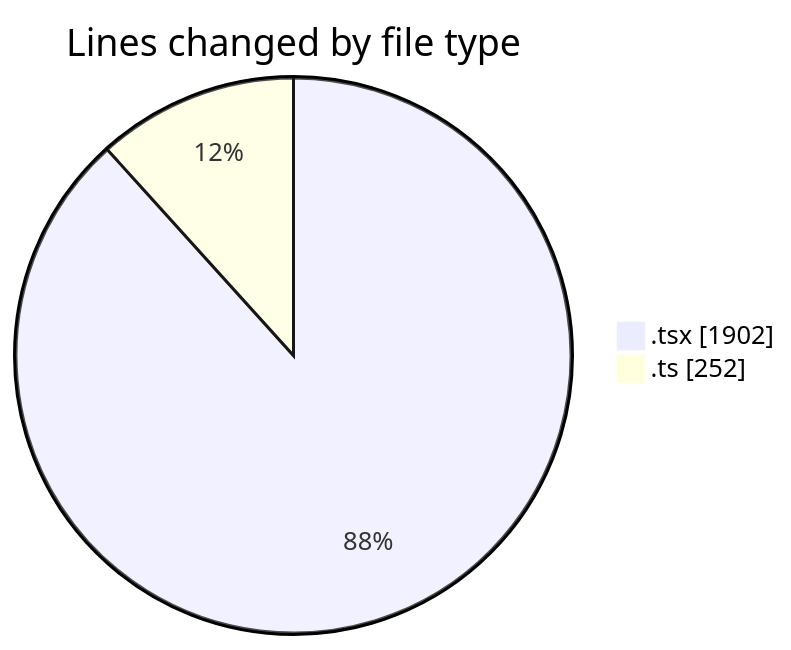
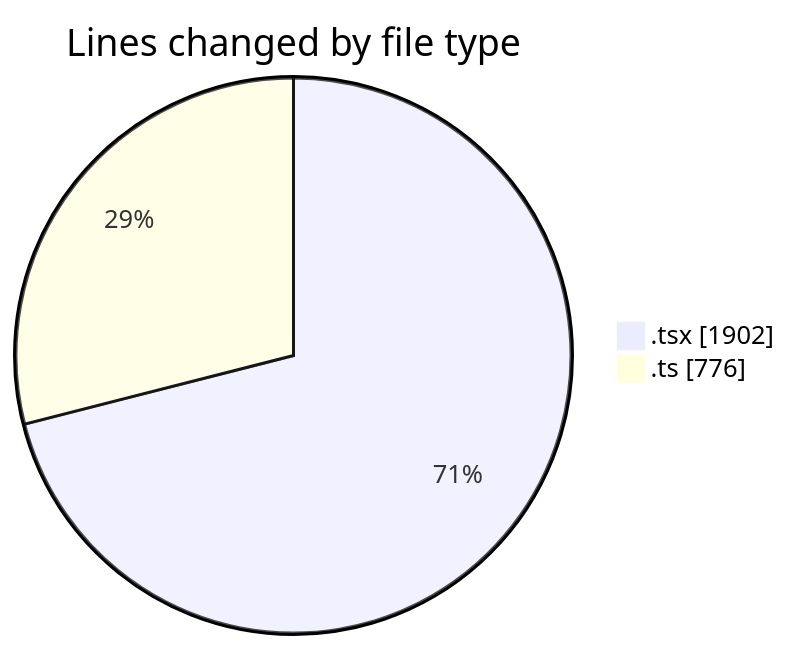
Before and after one commit to nxtqubesakshisongat/code-tracking: the first of 2 diagrams in 2026-05-14/nxtqube_webapp/README.md, drawn with Mermaid. The commit also changed other lines of this file and 1 other file, not shown here.

````diff
--- a/2026-05-14/nxtqube_webapp/README.md
+++ b/2026-05-14/nxtqube_webapp/README.md
@@ -22,6 +23,6 @@
 ```mermaid
 pie showData
 title Lines changed by file type
 ".tsx" : 1902
-".ts" : 252
+".ts" : 776
 ```
````
